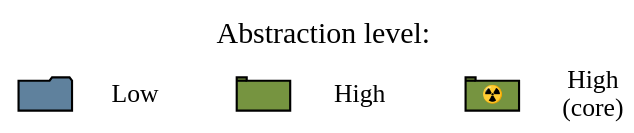
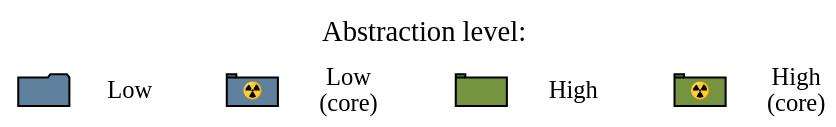
Before and after one commit to delameter/pytermor: the diagram in docs/_generated/module_legend-pdf.dot, drawn with Graphviz. The commit also changed 116 other files, not shown here.

```diff
--- a/docs/_generated/module_legend-pdf.dot
+++ b/docs/_generated/module_legend-pdf.dot
@@ -1,48 +1,52 @@
 # placeholders:
-#   1.5,0.5
+#   2.0,0.5
 #   #000000
 
 digraph G {
     dpi = 150;
     rankdir = TB;
     ranksep=0.1;
     #TBbalance = min;
     ratio=compress;
-    size="1.5,0.5";
+    size="2.0,0.5";
 
     node [
         style="filled",
         fontname="Munson",
         fontcolor="#000000",
         margin="0.2,0.0",
         fontsize=14,
         width=1.0,
         height=.5,
     ];
     edge [style="invis"];
 
     legend_title [shape=plain,fillcolor="none",label="Abstraction level:"];
     node [fontsize=12];
     
     subgraph ceter {
         rank=sink;
         icon_low [shape=folder,label="",fillcolor="#5f819d",width=.35,height=.2]
         legend_low [shape=plain,fillcolor="none",label="Low"];
         icon_high [shape=tab,label="",fillcolor="#769440",width=.35,height=.2];
         legend_high [shape=plain,fillcolor="none",label="High"];
-        icon_core [shape=tab,label="☢️"fontname="Ubuntu",fillcolor="#769440",width=.35,height=.2,fixedsize=1,fontsize=8];
-        legend_core [label="High\n(core)",shape=plain,fillcolor=none];
+        icon_low_core [shape=tab,label="☢️"fontname="Ubuntu",fillcolor="#5f819d",width=.35,height=.2,fixedsize=1,fontsize=8];
+        legend_low_core [label="Low\n(core)",shape=plain,fillcolor=none];
+        icon_high_core [shape=tab,label="☢️"fontname="Ubuntu",fillcolor="#769440",width=.35,height=.2,fixedsize=1,fontsize=8];
+        legend_high_core [label="High\n(core)",shape=plain,fillcolor=none];
         
         edge [constraint=0,minlen=0];
         icon_low -> legend_low  [];
         icon_high -> legend_high [];
-        icon_core -> legend_core [];
-        
+        icon_low_core -> legend_low_core [];
+        icon_high_core -> legend_high_core [];
+
         edge [constraint=1,minlen=2];
-        legend_low -> icon_high[];
-        legend_high -> icon_core [];
+        legend_low -> icon_low_core[];
+        legend_low_core -> icon_high[];
+        legend_high -> icon_high_core[];
 
     }
     
     legend_title -> {icon_low} [constraint=0, minlen=3]
 }
```
